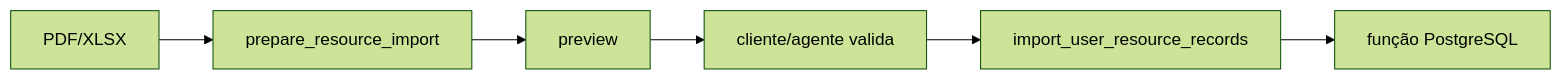
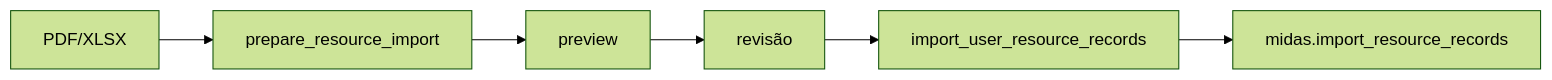
Before and after one commit to Ouros-App/ouros-docs: the diagram in docs/apis/ai-mcp-reference.md, drawn with Mermaid (forest theme). The commit also changed other lines of this file and 31 other files, not shown here.

````diff
--- a/docs/apis/ai-mcp-reference.md
+++ b/docs/apis/ai-mcp-reference.md
@@ -183,8 +225,8 @@
 ```mermaid
 flowchart LR
     FILE[PDF/XLSX] --> PREP[prepare_resource_import]
     PREP --> PREVIEW[preview]
-    PREVIEW --> VALIDATE[cliente/agente valida]
-    VALIDATE --> IMPORT[import_user_resource_records]
-    IMPORT --> FN[função PostgreSQL]
+    PREVIEW --> REVIEW[revisão]
+    REVIEW --> IMPORT[import_user_resource_records]
+    IMPORT --> DBFN[midas.import_resource_records]
 ```
````
